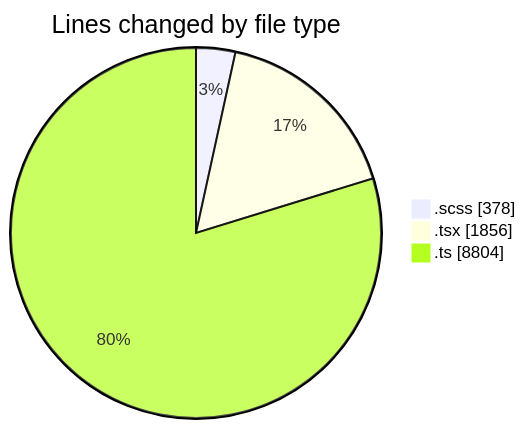
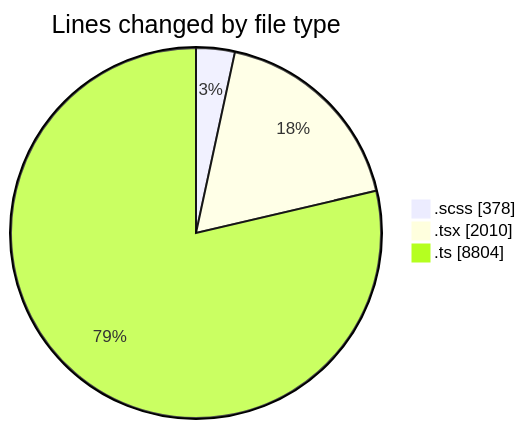
Before and after one commit to momahboobian/code-tracking: the first of 2 diagrams in 2025-03-04/cda/README.md, drawn with Mermaid. The commit also changed other lines of this file and 1 other file, not shown here.

````diff
--- a/2025-03-04/cda/README.md
+++ b/2025-03-04/cda/README.md
@@ -38,7 +38,7 @@
 ```mermaid
 pie showData
 title Lines changed by file type
 ".scss" : 378
-".tsx" : 1856
+".tsx" : 2010
 ".ts" : 8804
 ```
````
